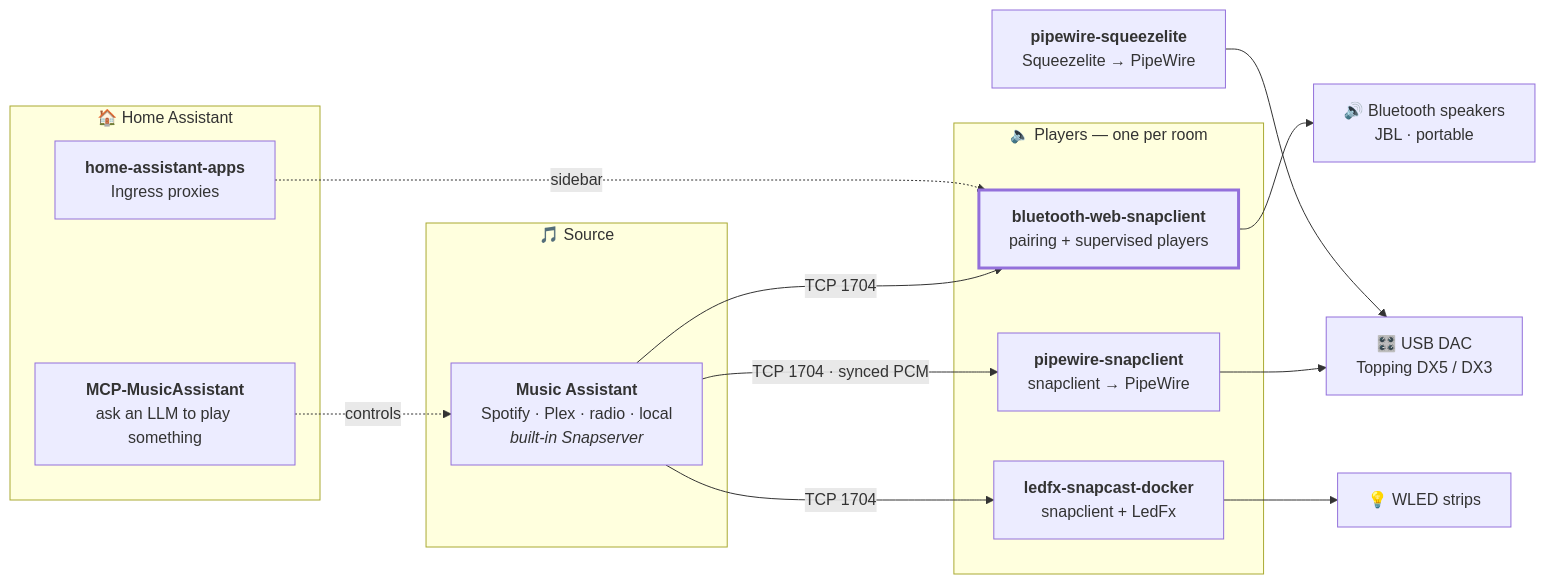
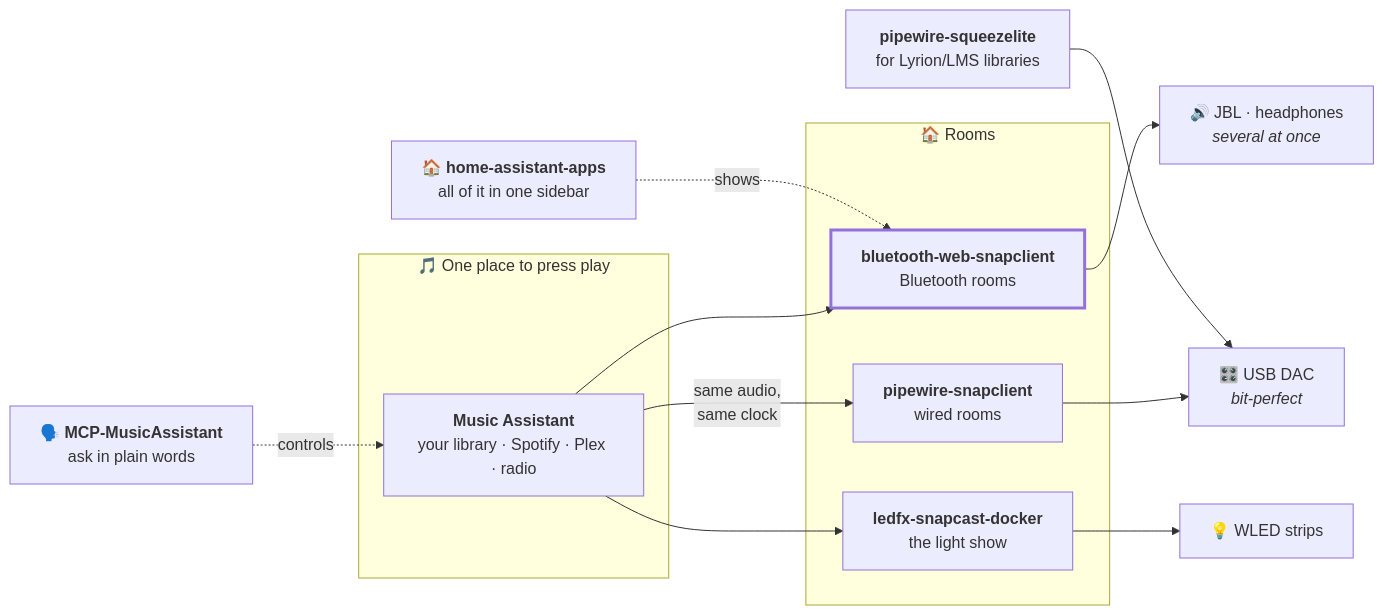
Before and after one commit to shuricksumy/home-audio-stack: the diagram in README.md, drawn with Mermaid. The commit also changed other lines of this file, not shown here.

First line of the commit message:
Lead with the problem, in plain language

````diff
--- a/README.md
+++ b/README.md
@@ -17,32 +117,27 @@
 ```mermaid
 flowchart LR
-    subgraph brain["🎵 Source"]
-        MA["<b>Music Assistant</b><br/>Spotify · Plex · radio · local<br/><i>built-in Snapserver</i>"]
+    subgraph brain["🎵 One place to press play"]
+        MA["<b>Music Assistant</b><br/>your library · Spotify · Plex · radio"]
     end
 
-    MA -- "TCP 1704 · synced PCM" --> C1
-    MA -- "TCP 1704" --> C2
-    MA -- "TCP 1704" --> C3
+    MA -- "same audio,<br/>same clock" --> C1
+    MA --> C2
+    MA --> C3
 
-    subgraph players["🔈 Players — one per room"]
-        C1["<b>pipewire-snapclient</b><br/>snapclient → PipeWire"]
-        C2["<b>bluetooth-web-snapclient</b><br/>pairing + supervised players"]
-        C3["<b>ledfx-snapcast-docker</b><br/>snapclient + LedFx"]
+    subgraph rooms["🏠 Rooms"]
+        C1["<b>pipewire-snapclient</b><br/>wired rooms"]
+        C2["<b>bluetooth-web-snapclient</b><br/>Bluetooth rooms"]
+        C3["<b>ledfx-snapcast-docker</b><br/>the light show"]
     end
 
-    C1 --> DAC["🎛️ USB DAC<br/>Topping DX5 / DX3"]
-    C2 --> BT["🔊 Bluetooth speakers<br/>JBL · portable"]
+    C1 --> DAC["🎛️ USB DAC<br/><i>bit-perfect</i>"]
+    C2 --> BT["🔊 JBL · headphones<br/><i>several at once</i>"]
     C3 --> LED["💡 WLED strips"]
 
-    LMS["<b>pipewire-squeezelite</b><br/>Squeezelite → PipeWire"] --> DAC
+    LMS["<b>pipewire-squeezelite</b><br/>for Lyrion/LMS libraries"] --> DAC
 
-    subgraph ha["🏠 Home Assistant"]
-        AD["<b>home-assistant-apps</b><br/>Ingress proxies"]
-        MCP["<b>MCP-MusicAssistant</b><br/>ask an LLM to play something"]
-    end
-
-    AD -. "sidebar" .-> C2
-    MCP -. "controls" .-> MA
+    HA["🏠 <b>home-assistant-apps</b><br/>all of it in one sidebar"] -. shows .-> C2
+    ASK["🗣️ <b>MCP-MusicAssistant</b><br/>ask in plain words"] -. controls .-> MA
 
     style C2 stroke-width:3px
 ```
````
